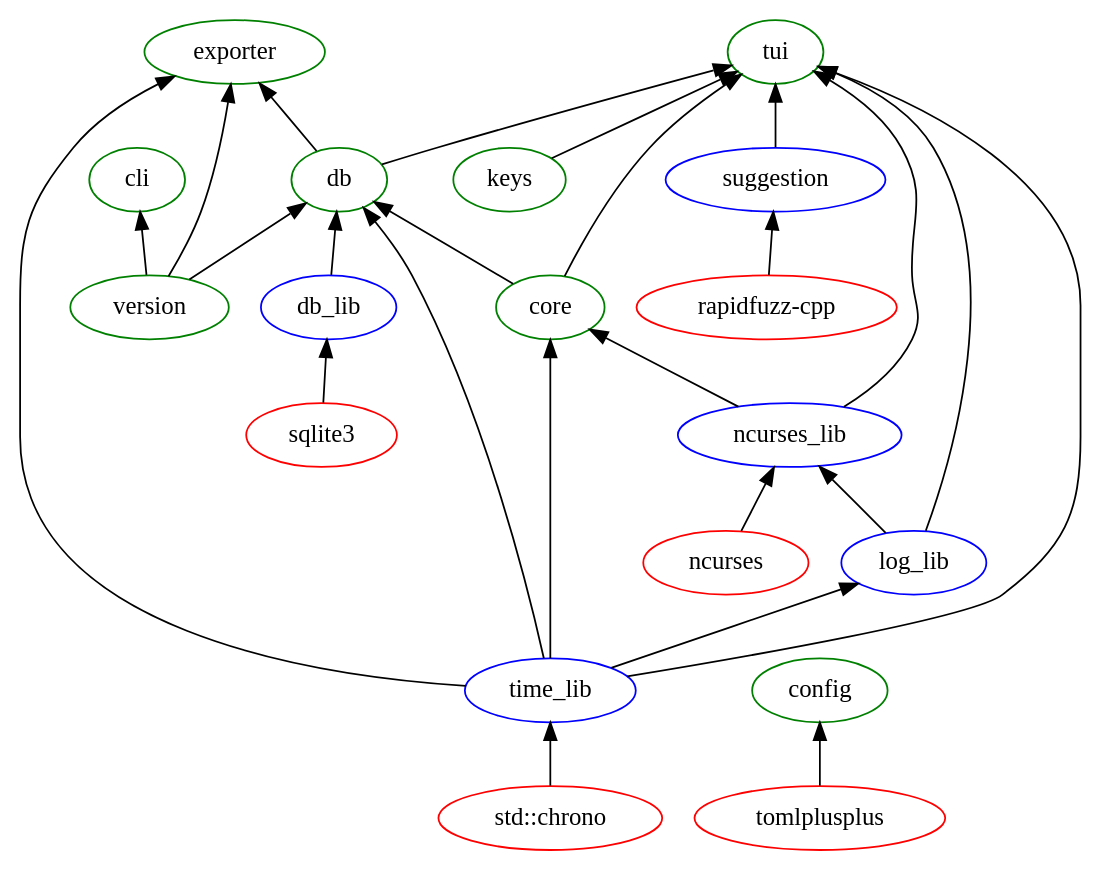
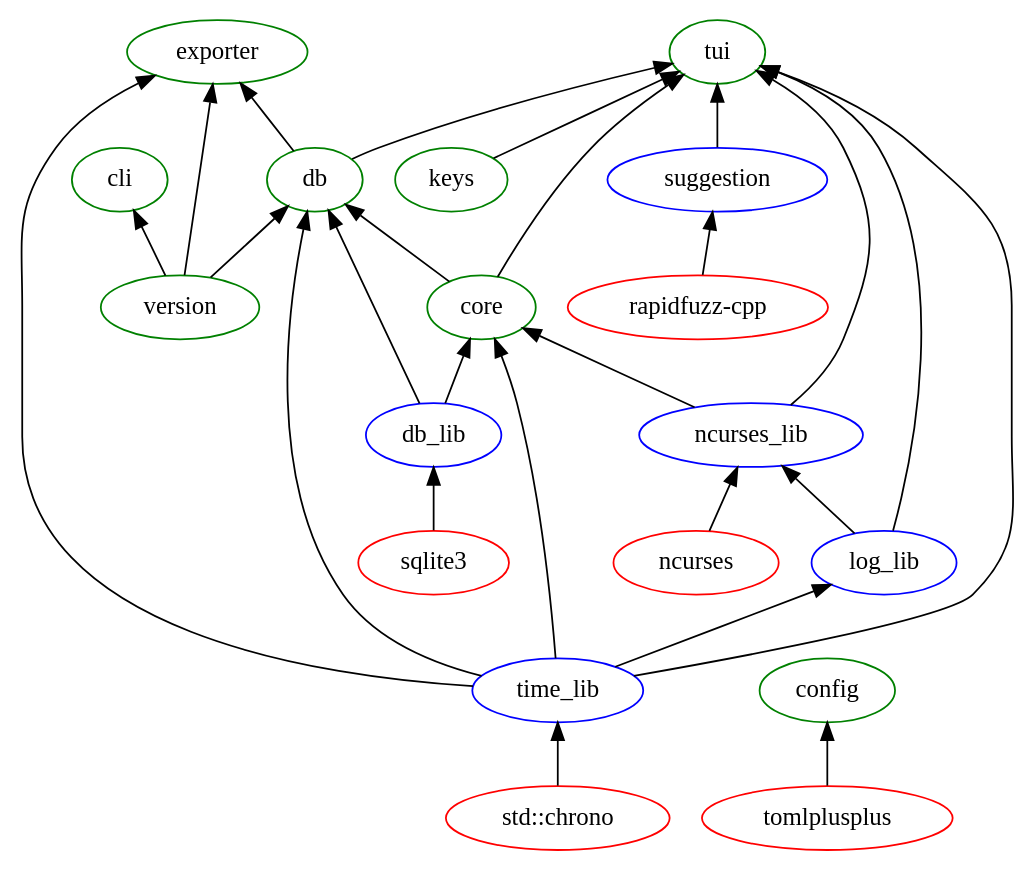
One commit to thomashoullier/timesheeting changed the diagram in doc/sdd/images/modules_include/modules.gv. Above: the diagram before and after it, drawn with Graphviz. The commit also changed 3 other files, not shown here.

Commit message:
Fixed a forgotten linking db_lib to core in cmake.

```diff
--- a/doc/sdd/images/modules_include/modules.gv
+++ b/doc/sdd/images/modules_include/modules.gv
@@ -1,35 +1,35 @@
 digraph modules {
     rankdir="BT"
     ncurses [label="ncurses", color="red"]
     sqlite [label="sqlite3", color="red"]
     tomlplusplus [label="tomlplusplus", color="red"]
     rapidfuzz [label="rapidfuzz-cpp", color="red"]
     chrono [label="std::chrono", color="red"]
     time_lib [label="time_lib", color="blue"]
     log_lib [label="log_lib", color="blue"]
     db_lib [label="db_lib", color="blue"]
     ncurses_lib [label="ncurses_lib", color="blue"]
     suggestion [label="suggestion", color="blue"]
     version [label="version", color="green"]
     keys [label="keys", color="green"]
     core [label="core", color="green"]
     db [label="db", color="green"]
     config [label="config", color="green"]
     exporter [label="exporter", color="green"]
     cli [label="cli", color="green"]
     tui [label="tui", color="green"]
     //main [label="main"]
   
     chrono -> time_lib
     time_lib -> log_lib
     sqlite -> db_lib
     {log_lib, ncurses} -> ncurses_lib
     rapidfuzz -> suggestion
-    {time_lib, ncurses_lib} -> core
+    {time_lib, ncurses_lib, db_lib} -> core
     {version, db_lib, time_lib, core} -> db
     tomlplusplus -> config
     {time_lib, db, version} -> exporter
     version -> cli
     {ncurses_lib, core, suggestion, time_lib, log_lib, keys, db} -> tui
     //{keys, cli, exporter, db, time_lib, log_lib, config, version, tui} -> main
 }
```
